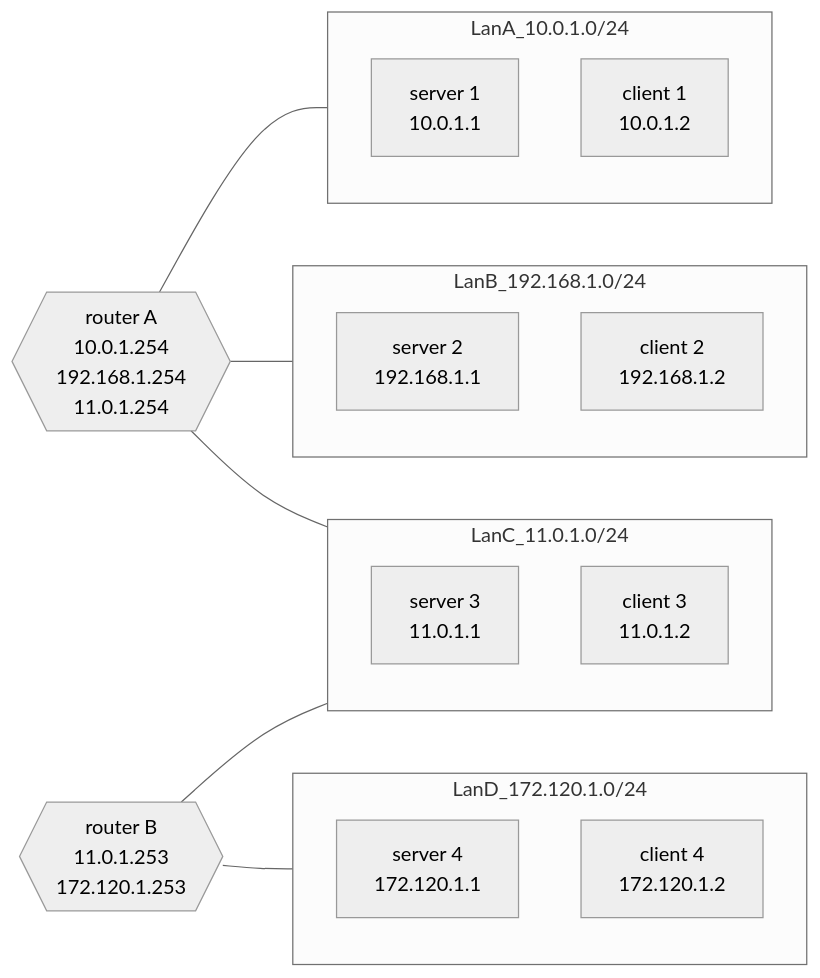
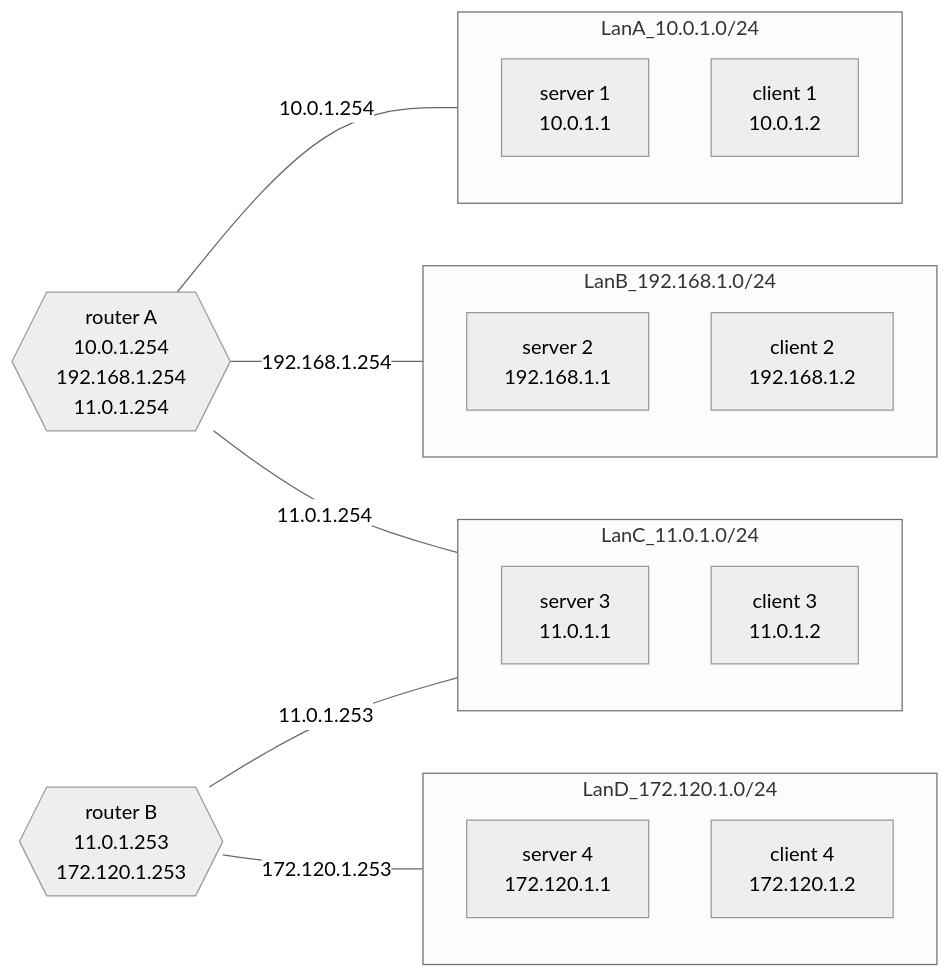
The second of 2 diagrams in esercizi/network/server-routing/README.md (TendTo/Tutorato-Reti-di-Calcolatori), drawn with Mermaid (neutral theme) before and after one commit. The commit also changed other lines of this file and 1 other file, not shown here.

Commit message:
fix(esercizi): add router interfaces

````diff
--- a/esercizi/network/server-routing/README.md
+++ b/esercizi/network/server-routing/README.md
@@ -32,34 +32,34 @@
 ```mermaid
 flowchart LR
 
 
 r{{router A\n10.0.1.254\n192.168.1.254\n11.0.1.254}}
 rb{{router B\n11.0.1.253\n172.120.1.253}}
 
 subgraph LanA_10.0.1.0/24
     s1[server 1\n10.0.1.1]
     c1[client 1\n10.0.1.2]
 end
 
 
 subgraph LanB_192.168.1.0/24
     s2[server 2\n192.168.1.1]
     c2[client 2\n192.168.1.2]
 end
 
 subgraph LanC_11.0.1.0/24
     s3[server 3\n11.0.1.1]
     c3[client 3\n11.0.1.2]
 end
 
 subgraph LanD_172.120.1.0/24
     s4[server 4\n172.120.1.1]
     c4[client 4\n172.120.1.2]
 end
 
-    r --- LanA_10.0.1.0/24
-    r --- LanB_192.168.1.0/24
-    r --- LanC_11.0.1.0/24
-    rb --- LanD_172.120.1.0/24
-    rb --- LanC_11.0.1.0/24
+    r --10.0.1.254--- LanA_10.0.1.0/24
+    r --192.168.1.254--- LanB_192.168.1.0/24
+    r --11.0.1.254--- LanC_11.0.1.0/24
+    rb --172.120.1.253--- LanD_172.120.1.0/24
+    rb --11.0.1.253--- LanC_11.0.1.0/24
 ```
````
